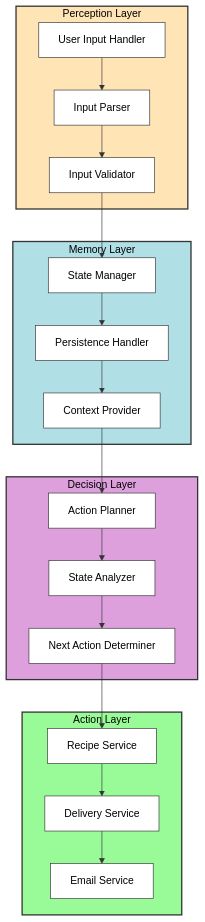
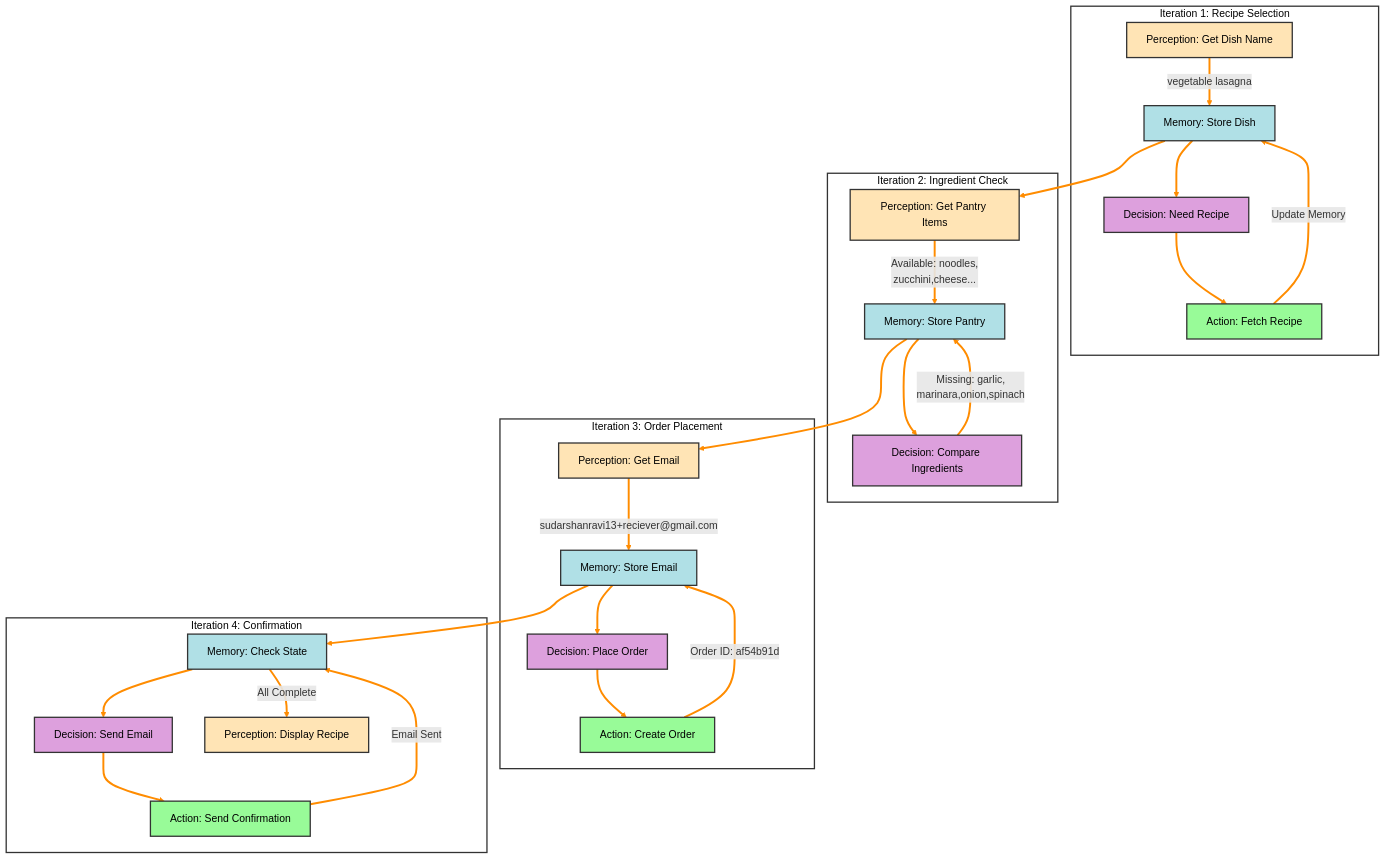
The second of 3 diagrams in README.md (SXD390/EAG-V1-Assignment-6), drawn with Mermaid before and after one commit. The commit also changed other lines of this file, not shown here.

Commit message:
Added detailed README.md v3.2

````diff
--- a/README.md
+++ b/README.md
@@ -76,47 +76,60 @@
 ```mermaid
 graph TD
-    subgraph Perception[Perception Layer]
-        P1[User Input Handler] --> P2[Input Parser]
-        P2 --> P3[Input Validator]
+    %% Define arrow styles
+    linkStyle default stroke:#ff8c00,stroke-width:3px
+
+    subgraph iter1[Iteration 1: Recipe Selection]
+        P1[Perception: Get Dish Name] -->|"vegetable lasagna"| M1[Memory: Store Dish]
+        M1 --> D1[Decision: Need Recipe]
+        D1 --> A1[Action: Fetch Recipe]
+        A1 -->|"Update Memory"| M1
     end
 
-    subgraph Memory[Memory Layer]
-        M1[State Manager] --> M2[Persistence Handler]
-        M2 --> M3[Context Provider]
+    subgraph iter2[Iteration 2: Ingredient Check]
+        P2[Perception: Get Pantry Items] -->|"Available: noodles,<br/>zucchini,cheese..."| M2[Memory: Store Pantry]
+        M2 --> D2[Decision: Compare Ingredients]
+        D2 -->|"Missing: garlic,<br/>marinara,onion,spinach"| M2
     end
 
-    subgraph Decision[Decision Layer]
-        D1[Action Planner] --> D2[State Analyzer]
-        D2 --> D3[Next Action Determiner]
+    subgraph iter3[Iteration 3: Order Placement]
+        P3[Perception: Get Email] -->|"sudarshanravi13+reciever@gmail.com"| M3[Memory: Store Email]
+        M3 --> D3[Decision: Place Order]
+        D3 --> A3[Action: Create Order]
+        A3 -->|"Order ID: af54b91d"| M3
     end
 
-    subgraph Action[Action Layer]
-        A1[Recipe Service] --> A2[Delivery Service]
-        A2 --> A3[Email Service]
+    subgraph iter4[Iteration 4: Confirmation]
+        M4[Memory: Check State] --> D4[Decision: Send Email]
+        D4 --> A4[Action: Send Confirmation]
+        A4 -->|"Email Sent"| M4
+        M4 -->|"All Complete"| P4[Perception: Display Recipe]
     end
 
-    P3 --> M1
-    M3 --> D1
-    D3 --> A1
+    M1 --> P2
+    M2 --> P3
+    M3 --> M4
 
-    style Perception fill:#ffe4b5,stroke:#333,stroke-width:2px,color:#000
-    style Memory fill:#b0e0e6,stroke:#333,stroke-width:2px,color:#000
-    style Decision fill:#dda0dd,stroke:#333,stroke-width:2px,color:#000
-    style Action fill:#98fb98,stroke:#333,stroke-width:2px,color:#000
-    
-    style P1 fill:#fff,stroke:#333,stroke-width:1px,color:#000
-    style P2 fill:#fff,stroke:#333,stroke-width:1px,color:#000
-    style P3 fill:#fff,stroke:#333,stroke-width:1px,color:#000
-    
-    style M1 fill:#fff,stroke:#333,stroke-width:1px,color:#000
-    style M2 fill:#fff,stroke:#333,stroke-width:1px,color:#000
-    style M3 fill:#fff,stroke:#333,stroke-width:1px,color:#000
-    
-    style D1 fill:#fff,stroke:#333,stroke-width:1px,color:#000
-    style D2 fill:#fff,stroke:#333,stroke-width:1px,color:#000
-    style D3 fill:#fff,stroke:#333,stroke-width:1px,color:#000
-    
-    style A1 fill:#fff,stroke:#333,stroke-width:1px,color:#000
-    style A2 fill:#fff,stroke:#333,stroke-width:1px,color:#000
-    style A3 fill:#fff,stroke:#333,stroke-width:1px,color:#000
+    style P1 fill:#ffe4b5,stroke:#333,stroke-width:2px,color:#000
+    style P2 fill:#ffe4b5,stroke:#333,stroke-width:2px,color:#000
+    style P3 fill:#ffe4b5,stroke:#333,stroke-width:2px,color:#000
+    style P4 fill:#ffe4b5,stroke:#333,stroke-width:2px,color:#000
+
+    style M1 fill:#b0e0e6,stroke:#333,stroke-width:2px,color:#000
+    style M2 fill:#b0e0e6,stroke:#333,stroke-width:2px,color:#000
+    style M3 fill:#b0e0e6,stroke:#333,stroke-width:2px,color:#000
+    style M4 fill:#b0e0e6,stroke:#333,stroke-width:2px,color:#000
+
+    style D1 fill:#dda0dd,stroke:#333,stroke-width:2px,color:#000
+    style D2 fill:#dda0dd,stroke:#333,stroke-width:2px,color:#000
+    style D3 fill:#dda0dd,stroke:#333,stroke-width:2px,color:#000
+    style D4 fill:#dda0dd,stroke:#333,stroke-width:2px,color:#000
+
+    style A1 fill:#98fb98,stroke:#333,stroke-width:2px,color:#000
+    style A3 fill:#98fb98,stroke:#333,stroke-width:2px,color:#000
+    style A4 fill:#98fb98,stroke:#333,stroke-width:2px,color:#000
+
+    style iter1 fill:#ffffff,stroke:#333,stroke-width:2px,color:#000
+    style iter2 fill:#ffffff,stroke:#333,stroke-width:2px,color:#000
+    style iter3 fill:#ffffff,stroke:#333,stroke-width:2px,color:#000
+    style iter4 fill:#ffffff,stroke:#333,stroke-width:2px,color:#000
 ```
````
